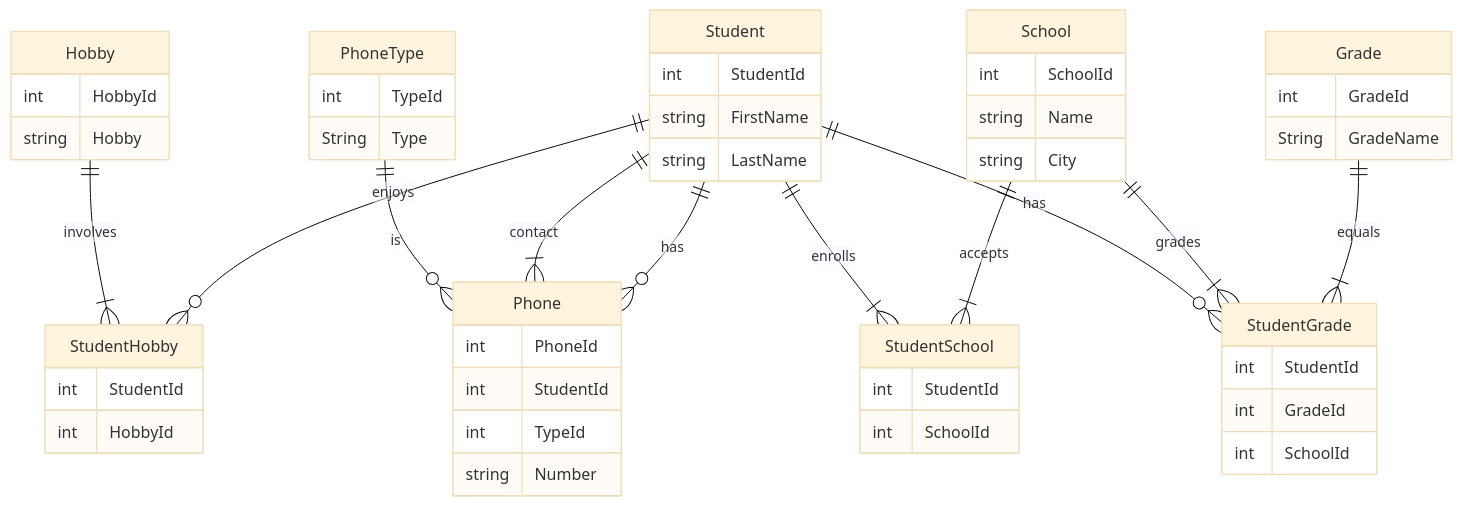
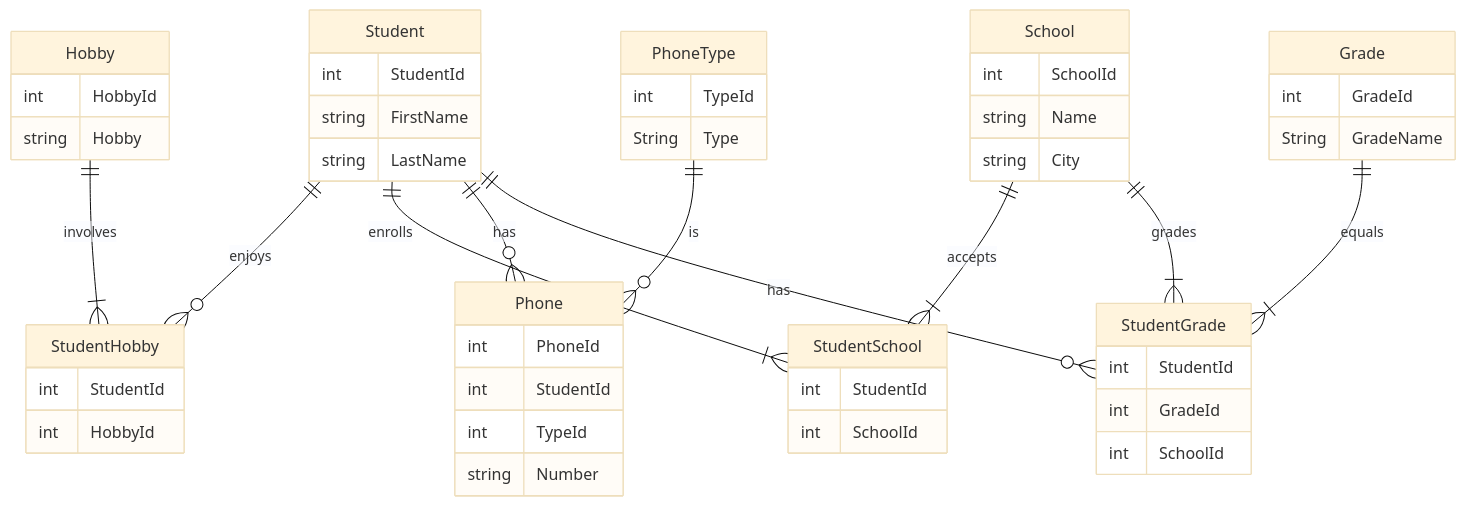
One commit to ellinorekmark/db2022 changed the diagram in README.md. Above: the diagram before and after it, drawn with Mermaid (base theme).

````diff
--- a/README.md
+++ b/README.md
@@ -10,66 +10,65 @@
 ```mermaid
 
 erDiagram    
     Hobby ||--|{ StudentHobby : involves
     Student ||--o{StudentHobby : enjoys
     PhoneType ||--o{ Phone : is
-    Student ||--|{Phone : contact
     Student || --|{StudentSchool : enrolls
     Student || -- o{Phone : has
     School ||--|{ StudentSchool : accepts
     Student ||--o{ StudentGrade : has
     School ||--|{ StudentGrade : grades
     Grade ||--|{ StudentGrade : equals
     
     
     StudentSchool {
         int StudentId
         int SchoolId
     }
     
     Student {
         int StudentId
         string FirstName
         string LastName
     }
     
     School {
         int SchoolId
         string Name
         string City
     }
 
     StudentHobby {
         int StudentId
         int HobbyId
     }
 
     Hobby {
         int HobbyId
         string Hobby
     }
 
     Phone {
         int PhoneId
         int StudentId
 	int TypeId
         string Number
     }
 
     PhoneType {
 	int TypeId
 	String Type
     }
 
     Grade {
 	int GradeId
 	String GradeName
     }
 
     StudentGrade {
 	int StudentId
 	int GradeId
 	int SchoolId
     }
 
 ```
````
